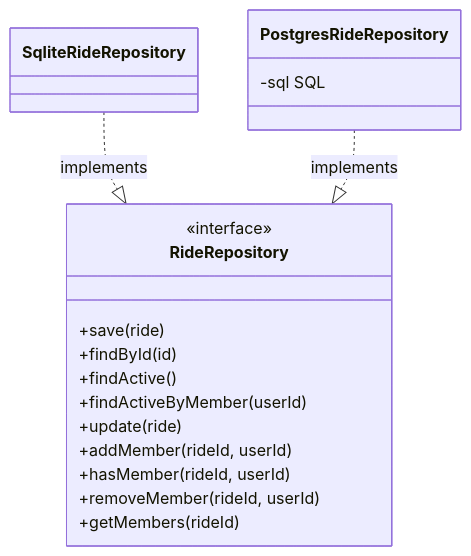
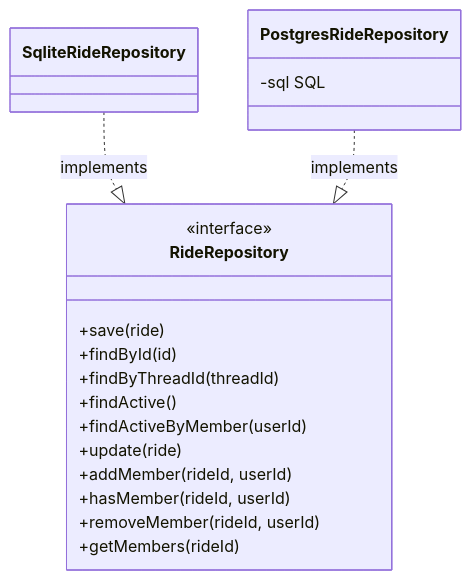
One commit to Slashgear/group-ride changed the second of 4 diagrams in website/src/content/docs/docs/architecture.md. Above: the diagram before and after it, drawn with Mermaid. The commit also changed 26 other files, not shown here.

````diff
--- a/website/src/content/docs/docs/architecture.md
+++ b/website/src/content/docs/docs/architecture.md
@@ -61,23 +61,24 @@
 ```mermaid
 classDiagram
     class RideRepository {
         <<interface>>
         +save(ride)
         +findById(id)
+        +findByThreadId(threadId)
         +findActive()
         +findActiveByMember(userId)
         +update(ride)
         +addMember(rideId, userId)
         +hasMember(rideId, userId)
         +removeMember(rideId, userId)
         +getMembers(rideId)
     }
 
     class SqliteRideRepository
     class PostgresRideRepository {
         -sql SQL
     }
 
     SqliteRideRepository   ..|> RideRepository : implements
     PostgresRideRepository ..|> RideRepository : implements
 ```
````
